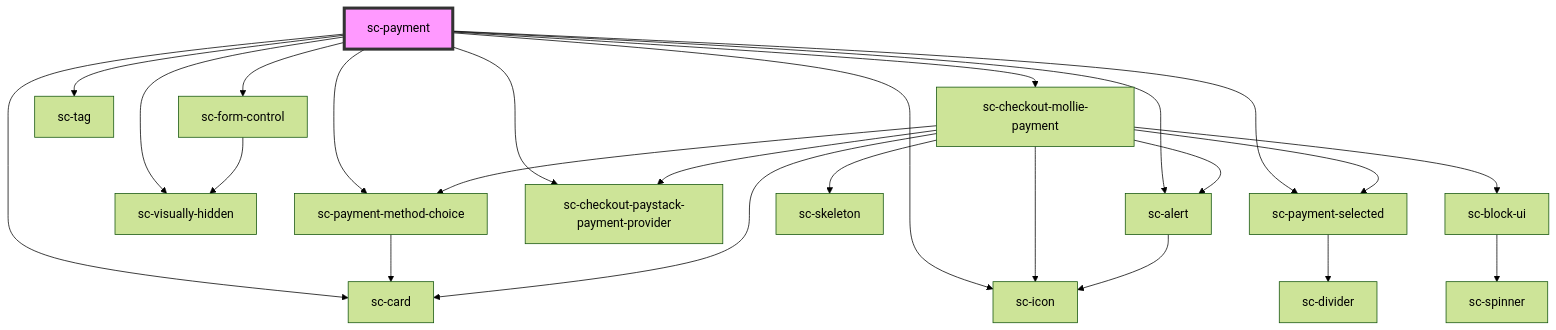
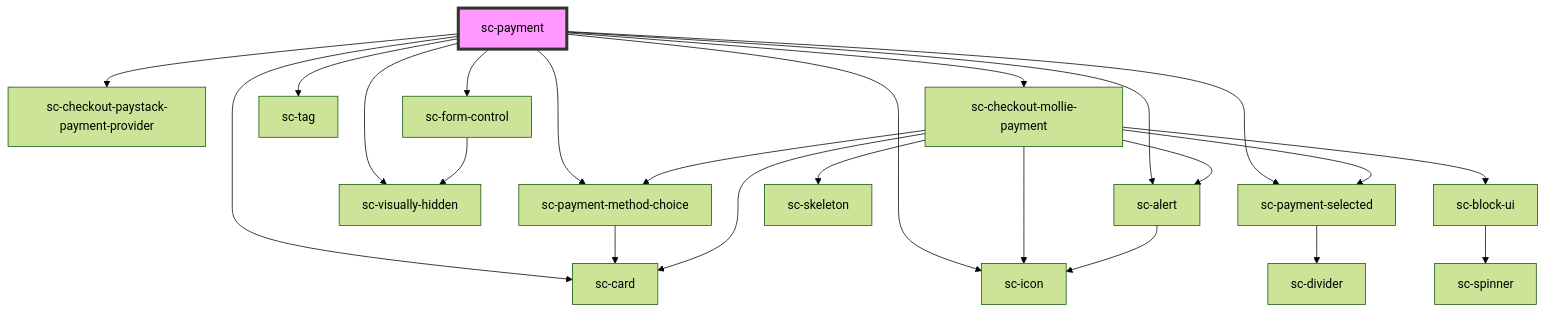
The diagram in packages/components/src/components/controllers/checkout-form/payment/readme.md (surecart/surecart-wp-plugin), drawn with Mermaid (forest theme) before and after one commit. The commit also changed 5 other files, not shown here.

````diff
--- a/packages/components/src/components/controllers/checkout-form/payment/readme.md
+++ b/packages/components/src/components/controllers/checkout-form/payment/readme.md
@@ -47,27 +47,26 @@
 ```mermaid
 graph TD;
   sc-payment --> sc-payment-method-choice
   sc-payment --> sc-icon
   sc-payment --> sc-visually-hidden
   sc-payment --> sc-card
   sc-payment --> sc-payment-selected
   sc-payment --> sc-checkout-paystack-payment-provider
   sc-payment --> sc-form-control
   sc-payment --> sc-tag
   sc-payment --> sc-checkout-mollie-payment
   sc-payment --> sc-alert
   sc-payment-method-choice --> sc-card
   sc-payment-selected --> sc-divider
   sc-form-control --> sc-visually-hidden
   sc-checkout-mollie-payment --> sc-card
   sc-checkout-mollie-payment --> sc-skeleton
   sc-checkout-mollie-payment --> sc-alert
   sc-checkout-mollie-payment --> sc-payment-method-choice
   sc-checkout-mollie-payment --> sc-payment-selected
   sc-checkout-mollie-payment --> sc-block-ui
   sc-checkout-mollie-payment --> sc-icon
-  sc-checkout-mollie-payment --> sc-checkout-paystack-payment-provider
   sc-alert --> sc-icon
   sc-block-ui --> sc-spinner
   style sc-payment fill:#f9f,stroke:#333,stroke-width:4px
 ```
````
